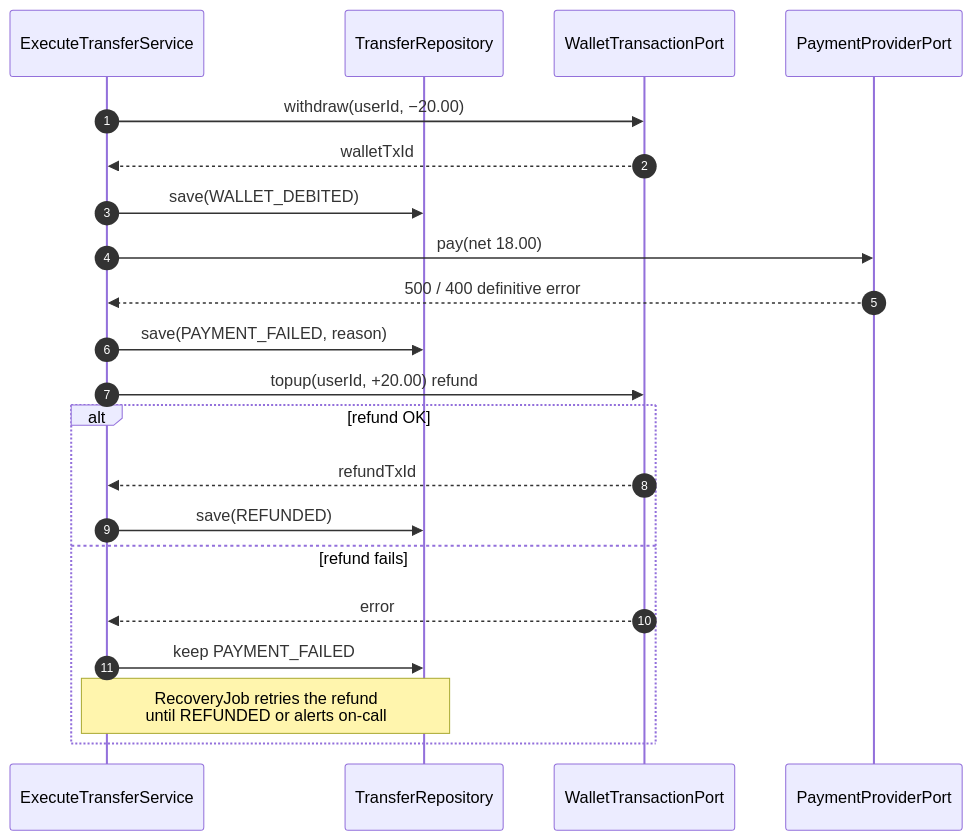
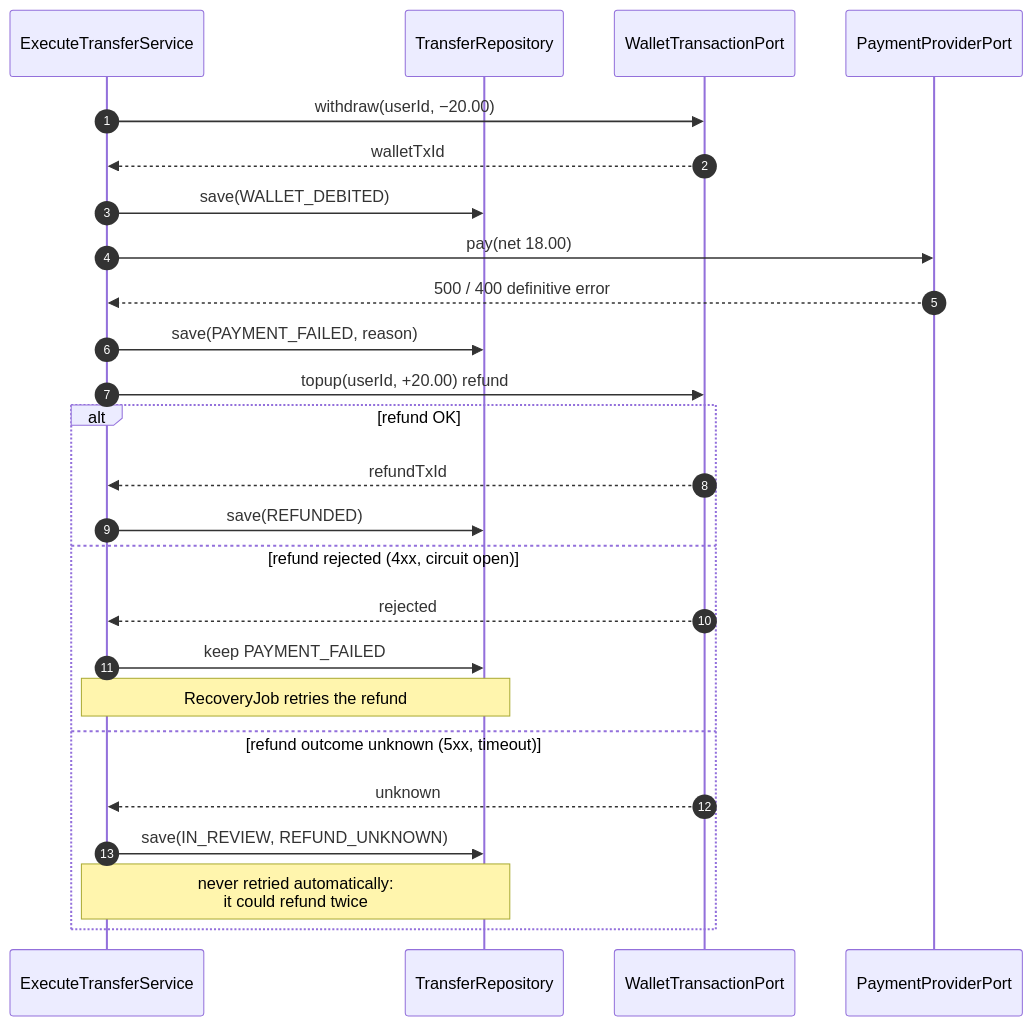
Before and after one commit to ggonzalez36/ontop-challenge: the seventh of 10 diagrams in docs/architecture-design.md, drawn with Mermaid. The commit also changed other lines of this file and 6 other files, not shown here.

````diff
--- a/docs/architecture-design.md
+++ b/docs/architecture-design.md
@@ -296,24 +308,28 @@
 ```mermaid
 sequenceDiagram
     autonumber
     participant S as ExecuteTransferService
     participant R as TransferRepository
     participant WT as WalletTransactionPort
     participant P as PaymentProviderPort
 
     S->>WT: withdraw(userId, −20.00)
     WT-->>S: walletTxId
     S->>R: save(WALLET_DEBITED)
     S->>P: pay(net 18.00)
     P-->>S: 500 / 400 definitive error
     S->>R: save(PAYMENT_FAILED, reason)
     S->>WT: topup(userId, +20.00) refund
     alt refund OK
         WT-->>S: refundTxId
         S->>R: save(REFUNDED)
-    else refund fails
-        WT-->>S: error
+    else refund rejected (4xx, circuit open)
+        WT-->>S: rejected
         S->>R: keep PAYMENT_FAILED
-        Note over S,R: RecoveryJob retries the refund<br/>until REFUNDED or alerts on-call
+        Note over S,R: RecoveryJob retries the refund
+    else refund outcome unknown (5xx, timeout)
+        WT-->>S: unknown
+        S->>R: save(IN_REVIEW, REFUND_UNKNOWN)
+        Note over S,R: never retried automatically:<br/>it could refund twice
     end
 ```
````
